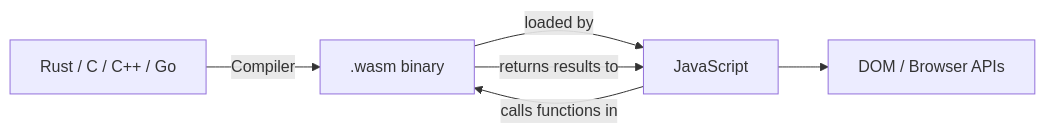
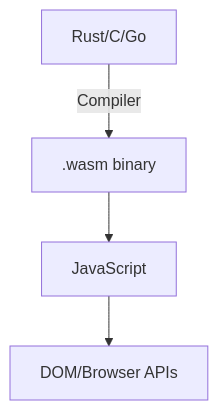
One commit to denis23x/denis-iakimenko changed the first of 2 diagrams in src/data/blog/_2026/webassembly-guide.md. Above: the diagram before and after it, drawn with Mermaid. The commit also changed other lines of this file and 1 other file, not shown here.

Commit message:
Add CLAUDE.md for project guidance: includes commands, architecture overview, content management, site configuration, integrations, and commit conventions for the repository.

````diff
--- a/src/data/blog/_2026/webassembly-guide.md
+++ b/src/data/blog/_2026/webassembly-guide.md
@@ -39,8 +39,6 @@
 ```mermaid caption=How WebAssembly fits into the stack
-flowchart LR
-    A[Rust / C / C++ / Go] -->|Compiler| B[.wasm binary]
-    B -->|loaded by| C[JavaScript]
-    C -->|calls functions in| B
-    B -->|returns results to| C
-    C --> D[DOM / Browser APIs]
+flowchart TD
+    A[Rust/C/Go] -->|Compiler| B[.wasm binary]
+    B --> C[JavaScript]
+    C --> D[DOM/Browser APIs]
 ```
````
